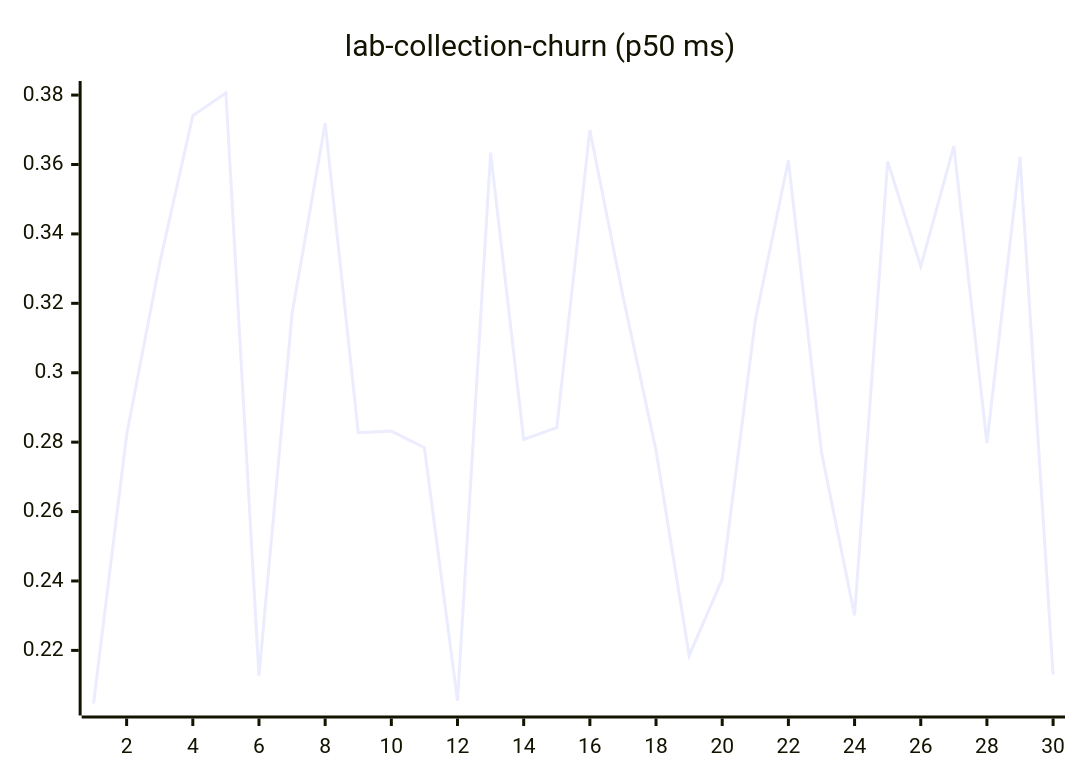
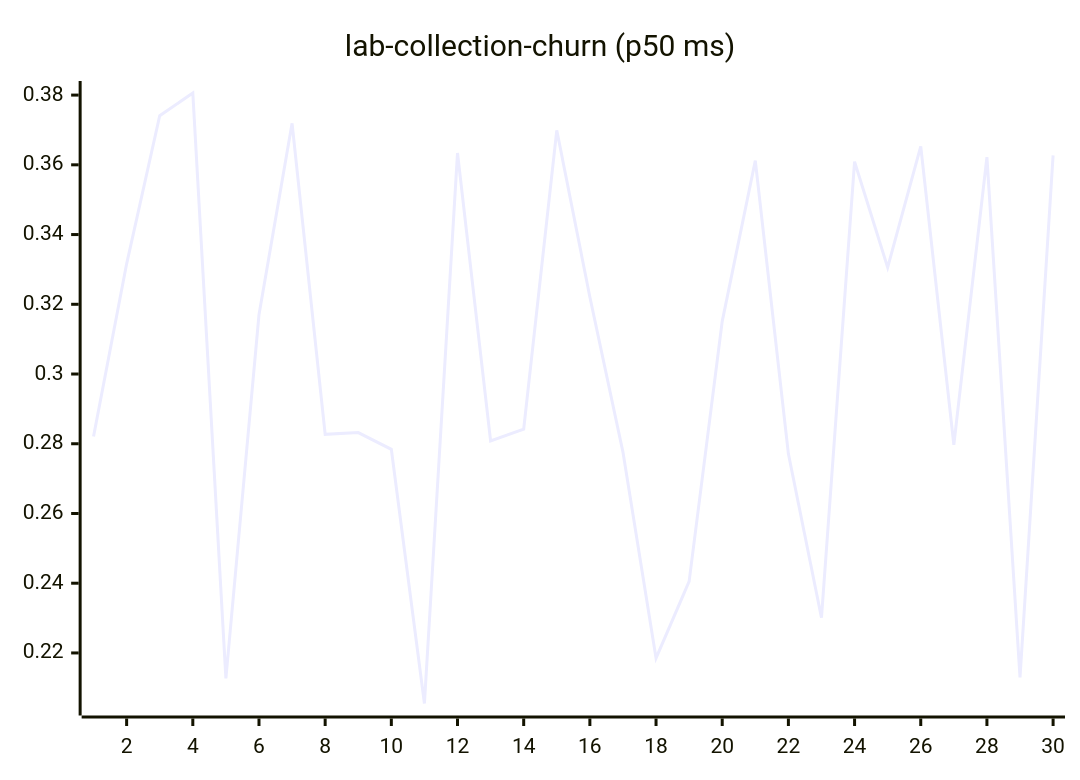
Diagram 11 of 27 in README.md (josha/Facet), drawn with Mermaid before and after one commit. The commit also changed other lines of this file and 2 other files, not shown here.

````diff
--- a/README.md
+++ b/README.md
@@ -133,6 +133,6 @@
 ```mermaid
 xychart-beta
     title "lab-collection-churn (p50 ms)"
     x-axis 1 --> 30
-    line [0.2047, 0.2821, 0.3316, 0.3741, 0.3806, 0.2127, 0.3170, 0.3719, 0.2827, 0.2832, 0.2784, 0.2055, 0.3634, 0.2808, 0.2842, 0.3699, 0.3221, 0.2776, 0.2185, 0.2405, 0.3151, 0.3612, 0.2771, 0.2301, 0.3609, 0.3306, 0.3653, 0.2797, 0.3622, 0.2130]
+    line [0.2821, 0.3316, 0.3741, 0.3806, 0.2127, 0.3170, 0.3719, 0.2827, 0.2832, 0.2784, 0.2055, 0.3634, 0.2808, 0.2842, 0.3699, 0.3221, 0.2776, 0.2185, 0.2405, 0.3151, 0.3612, 0.2771, 0.2301, 0.3609, 0.3306, 0.3653, 0.2797, 0.3622, 0.2130, 0.3627]
 ```
````
